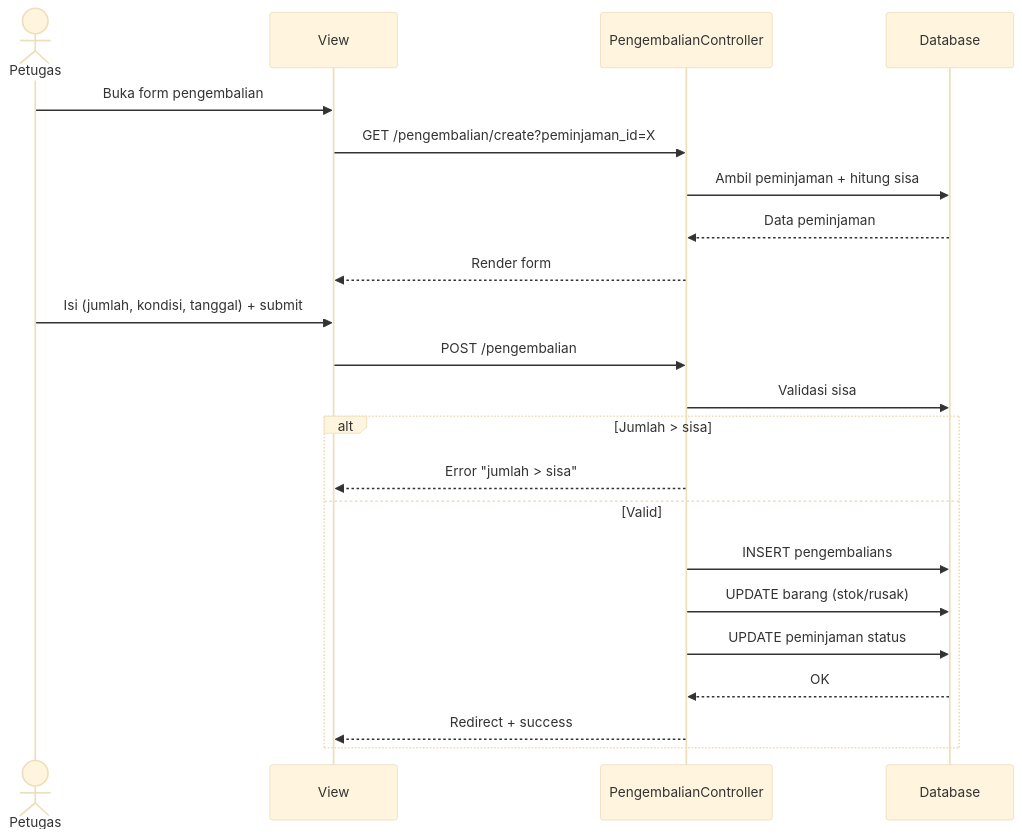
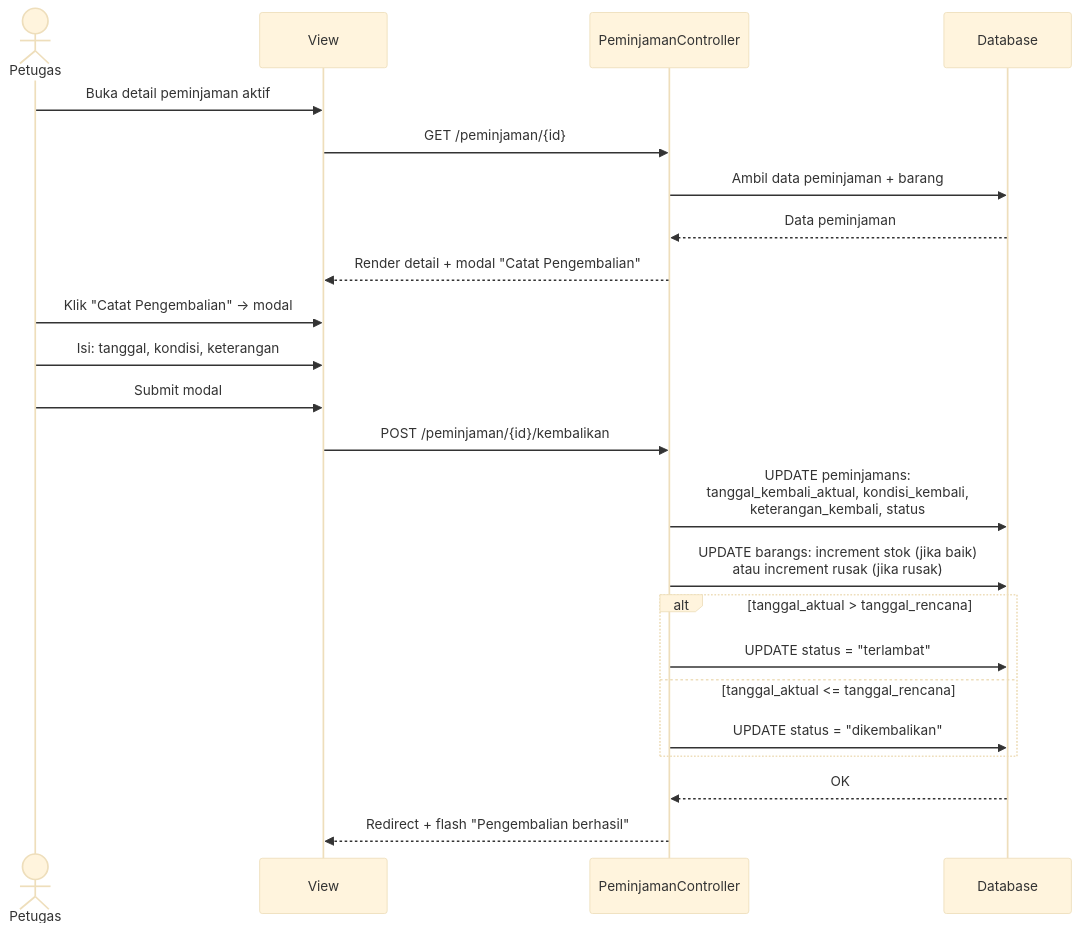
One commit to aikogansduniaakhirat/inventaris-barang changed the sixth of 7 diagrams in docs/ERD_AND_DIAGRAMS.md. Above: the diagram before and after it, drawn with Mermaid (base theme). The commit also changed other lines of this file and 1 other file, not shown here.

````diff
--- a/docs/ERD_AND_DIAGRAMS.md
+++ b/docs/ERD_AND_DIAGRAMS.md
@@ -209,26 +348,27 @@
 ```mermaid
 sequenceDiagram
     actor Petugas
     participant View
-    participant Ctrl as PengembalianController
+    participant Ctrl as PeminjamanController
     participant DB as Database
 
-    Petugas->>View: Buka form pengembalian
-    View->>Ctrl: GET /pengembalian/create?peminjaman_id=X
-    Ctrl->>DB: Ambil peminjaman + hitung sisa
+    Petugas->>View: Buka detail peminjaman aktif
+    View->>Ctrl: GET /peminjaman/{id}
+    Ctrl->>DB: Ambil data peminjaman + barang
     DB-->>Ctrl: Data peminjaman
-    Ctrl-->>View: Render form
+    Ctrl-->>View: Render detail + modal "Catat Pengembalian"
 
-    Petugas->>View: Isi (jumlah, kondisi, tanggal) + submit
-    View->>Ctrl: POST /pengembalian
-    Ctrl->>DB: Validasi sisa
-    alt Jumlah > sisa
-        Ctrl-->>View: Error "jumlah > sisa"
-    else Valid
-        Ctrl->>DB: INSERT pengembalians
-        Ctrl->>DB: UPDATE barang (stok/rusak)
-        Ctrl->>DB: UPDATE peminjaman status
-        DB-->>Ctrl: OK
-        Ctrl-->>View: Redirect + success
+    Petugas->>View: Klik "Catat Pengembalian" → modal
+    Petugas->>View: Isi: tanggal, kondisi, keterangan
+    Petugas->>View: Submit modal
+    View->>Ctrl: POST /peminjaman/{id}/kembalikan
+    Ctrl->>DB: UPDATE peminjamans:<br/>tanggal_kembali_aktual, kondisi_kembali,<br/>keterangan_kembali, status
+    Ctrl->>DB: UPDATE barangs: increment stok (jika baik)<br/>atau increment rusak (jika rusak)
+    alt tanggal_aktual > tanggal_rencana
+        Ctrl->>DB: UPDATE status = "terlambat"
+    else tanggal_aktual <= tanggal_rencana
+        Ctrl->>DB: UPDATE status = "dikembalikan"
     end
+    DB-->>Ctrl: OK
+    Ctrl-->>View: Redirect + flash "Pengembalian berhasil"
 ```
````
